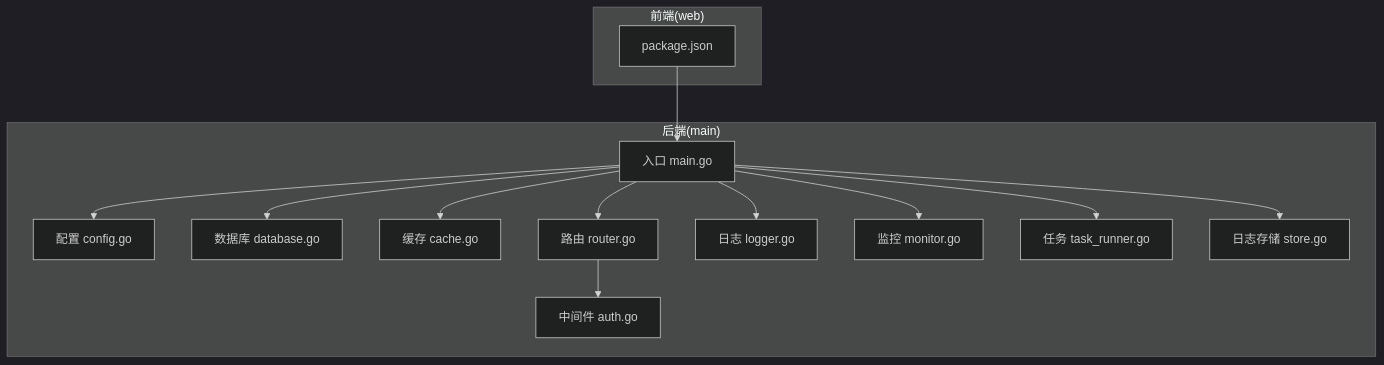
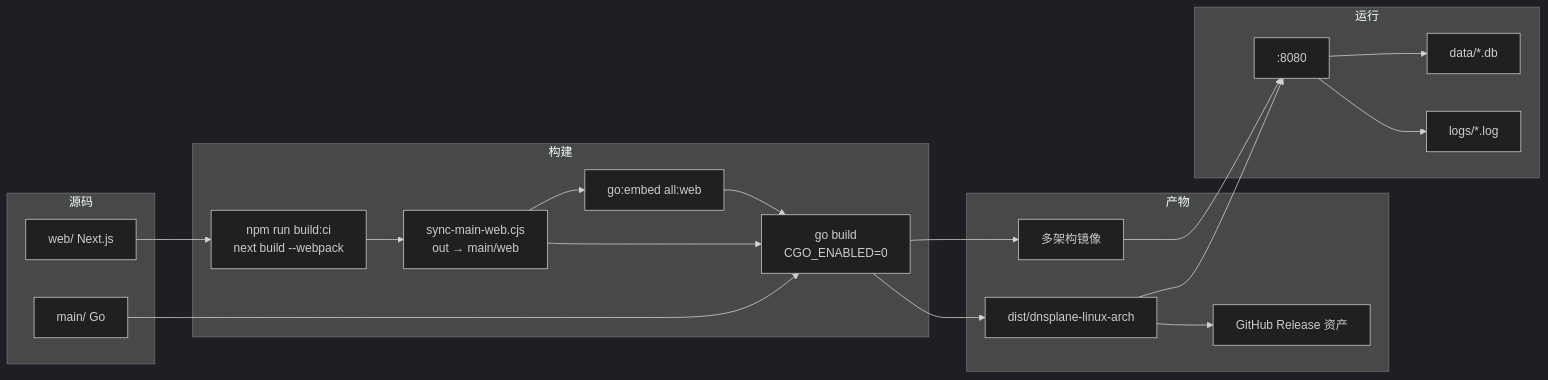
One commit to x01n/dnsplane changed the first of 3 diagrams in docs/部署运维/部署运维.md. Above: the diagram before and after it, drawn with Mermaid (dark theme). The commit also changed other lines of this file and 326 other files, not shown here.

````diff
--- a/docs/部署运维/部署运维.md
+++ b/docs/部署运维/部署运维.md
@@ -43,28 +147,34 @@
 ```mermaid
-graph TB
-subgraph "后端(main)"
-M["入口 main.go"]
-CFG["配置 config.go"]
-DB["数据库 database.go"]
-CC["缓存 cache.go"]
-API["路由 router.go"]
-MW["中间件 auth.go"]
-LOG["日志 logger.go"]
-MON["监控 monitor.go"]
-SRV["任务 task_runner.go"]
-LS["日志存储 store.go"]
+flowchart LR
+subgraph SRC["源码"]
+  W["web/ Next.js"]
+  M["main/ Go"]
 end
-subgraph "前端(web)"
-PKG["package.json"]
+subgraph BUILD["构建"]
+  N["npm run build:ci<br/>next build --webpack"]
+  SYNC["sync-main-web.cjs<br/>out → main/web"]
+  GO["go build<br/>CGO_ENABLED=0"]
+  EMB["go:embed all:web"]
 end
-M --> CFG
-M --> DB
-M --> CC
-M --> API
-API --> MW
-M --> LOG
-M --> MON
-M --> SRV
-M --> LS
-PKG --> M
+subgraph ART["产物"]
+  BIN["dist/dnsplane-linux-arch"]
+  IMG["多架构镜像"]
+  REL["GitHub Release 资产"]
+end
+subgraph RUN["运行"]
+  P8080[":8080"]
+  DATA["data/*.db"]
+  LOGS["logs/*.log"]
+end
+W --> N --> SYNC --> EMB
+M --> GO
+SYNC --> GO
+EMB --> GO
+GO --> BIN
+BIN --> REL
+GO --> IMG
+BIN --> P8080
+IMG --> P8080
+P8080 --> DATA
+P8080 --> LOGS
 ```
````
